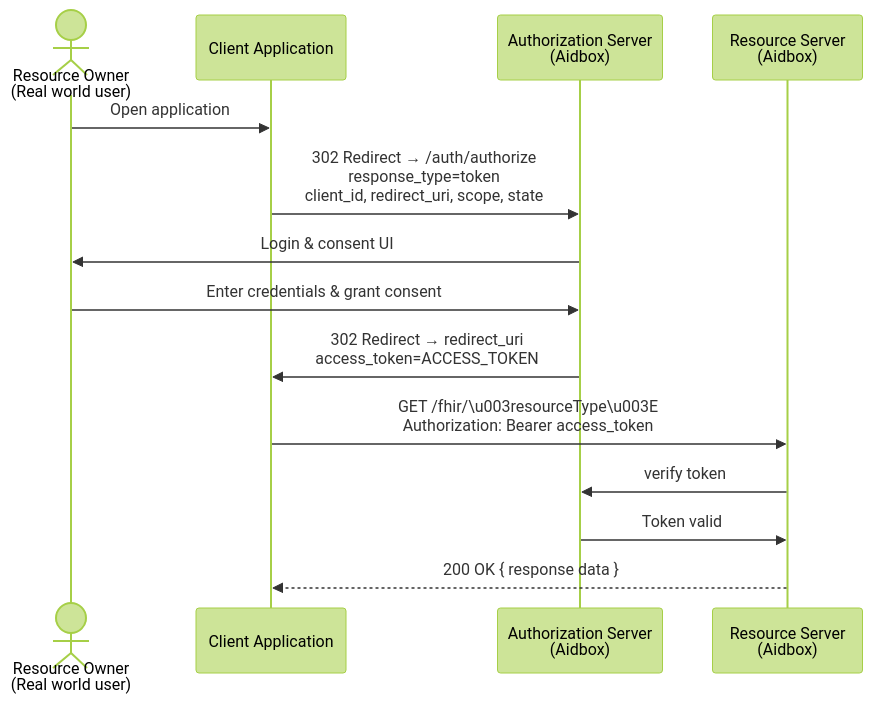
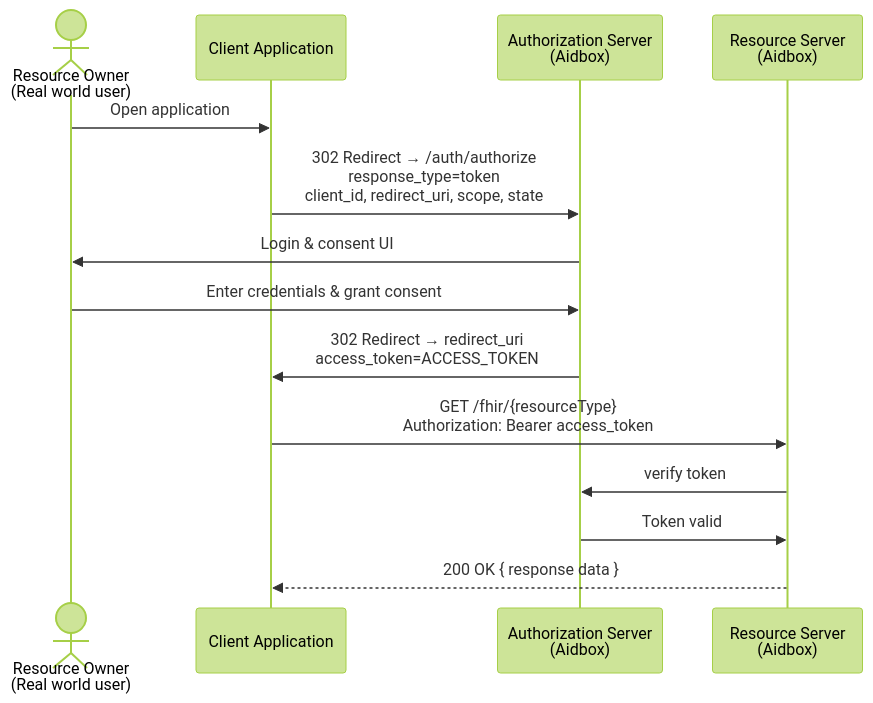
Before and after one commit to HealthSamurai/documentation: the fourth of 4 diagrams in docs/access-control/authentication/oauth-2-0.md, drawn with Mermaid (forest theme). The commit also changed other lines of this file, not shown here.

````diff
--- a/docs/access-control/authentication/oauth-2-0.md
+++ b/docs/access-control/authentication/oauth-2-0.md
@@ -96,18 +96,18 @@
 ```mermaid
 sequenceDiagram
   actor User as Resource Owner<br>(Real world user)
   participant Client as Client Application
   participant AS as Authorization Server<br>(Aidbox)
   participant RS as Resource Server<br>(Aidbox)
 
   User->>Client: Open application
   Client->>AS: 302 Redirect → /auth/authorize<br>response_type=token<br>client_id, redirect_uri, scope, state
   AS->>User: Login & consent UI
   User->>AS: Enter credentials & grant consent
   AS->>Client: 302 Redirect → redirect_uri<br>access_token=ACCESS_TOKEN
-  Client->>RS: GET /fhir/\u003resourceType\u003E<br>Authorization: Bearer access_token
+  Client->>RS: GET /fhir/{resourceType}<br>Authorization: Bearer access_token
   RS->>AS: verify token
   AS->>RS: Token valid
   RS-->>Client: 200 OK { response data }
 
 ```
````
